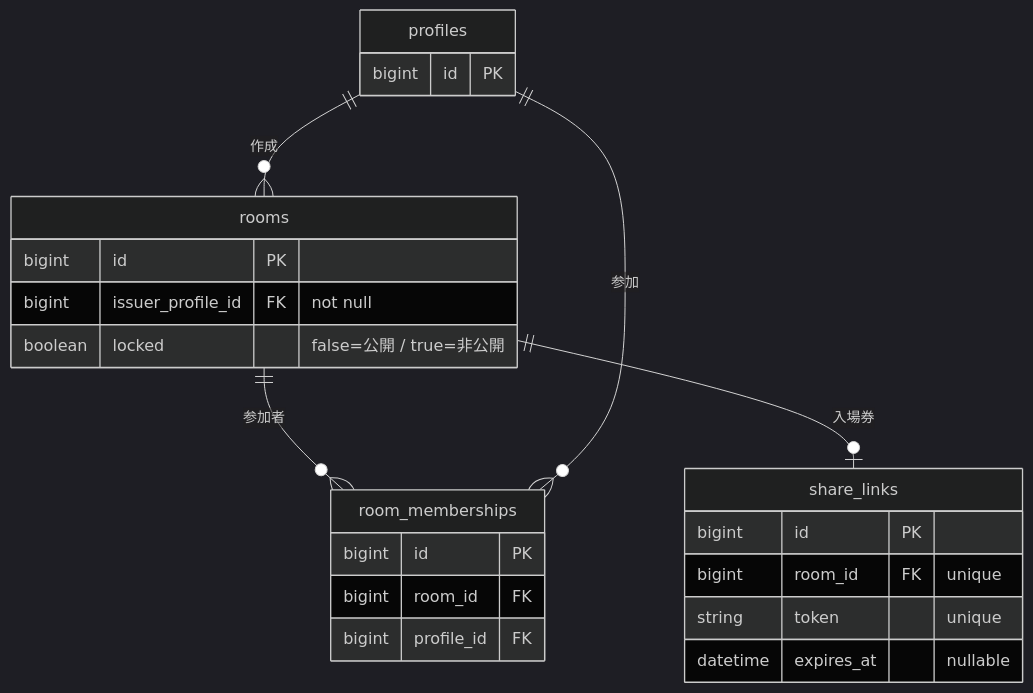
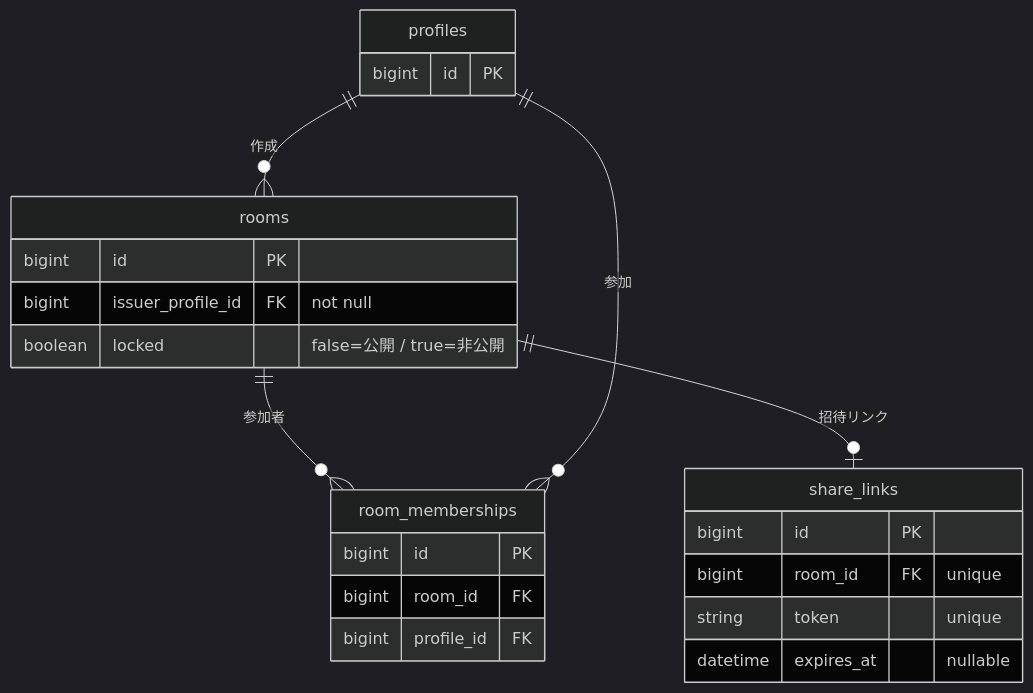
Before and after one commit to miyaRY777/hobby-matching-app: the first of 2 diagrams in docs/designs/2026-08-20-public-room-peek.md, drawn with Mermaid (dark theme). The commit also changed other lines of this file and 10 other files, not shown here.

````diff
--- a/docs/designs/2026-08-20-public-room-peek.md
+++ b/docs/designs/2026-08-20-public-room-peek.md
@@ -116,27 +118,27 @@
 ```mermaid
 erDiagram
   rooms {
     bigint id PK
     bigint issuer_profile_id FK "not null"
     boolean locked "false=公開 / true=非公開"
   }
   share_links {
     bigint id PK
     bigint room_id FK "unique"
     string token "unique"
     datetime expires_at "nullable"
   }
   room_memberships {
     bigint id PK
     bigint room_id FK
     bigint profile_id FK
   }
   profiles {
     bigint id PK
   }
 
-  rooms ||--o| share_links : "入場券"
+  rooms ||--o| share_links : "招待リンク"
   rooms ||--o{ room_memberships : "参加者"
   profiles ||--o{ room_memberships : "参加"
   profiles ||--o{ rooms : "作成"
 ```
````
